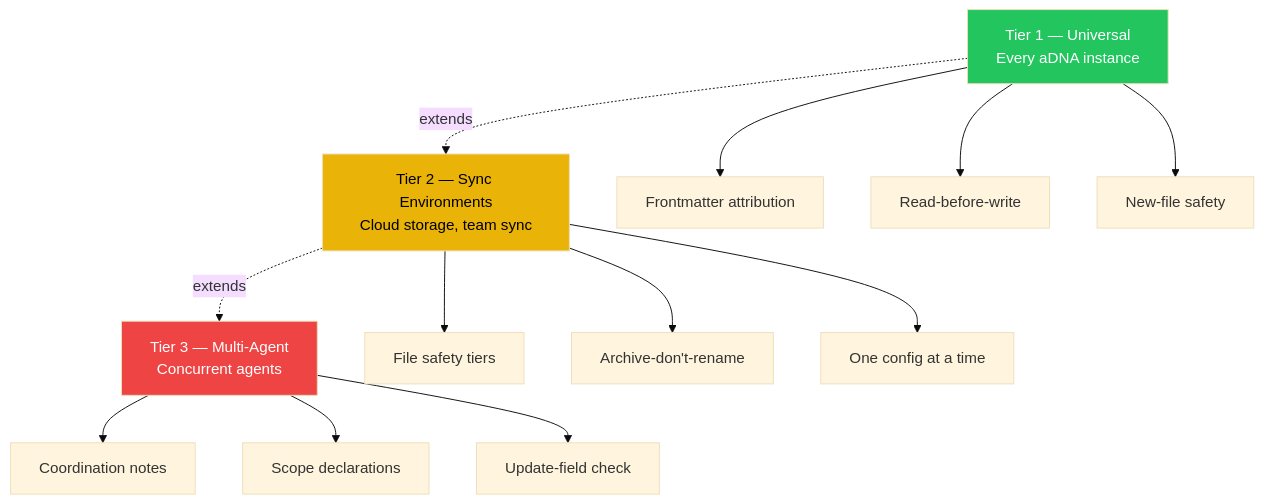
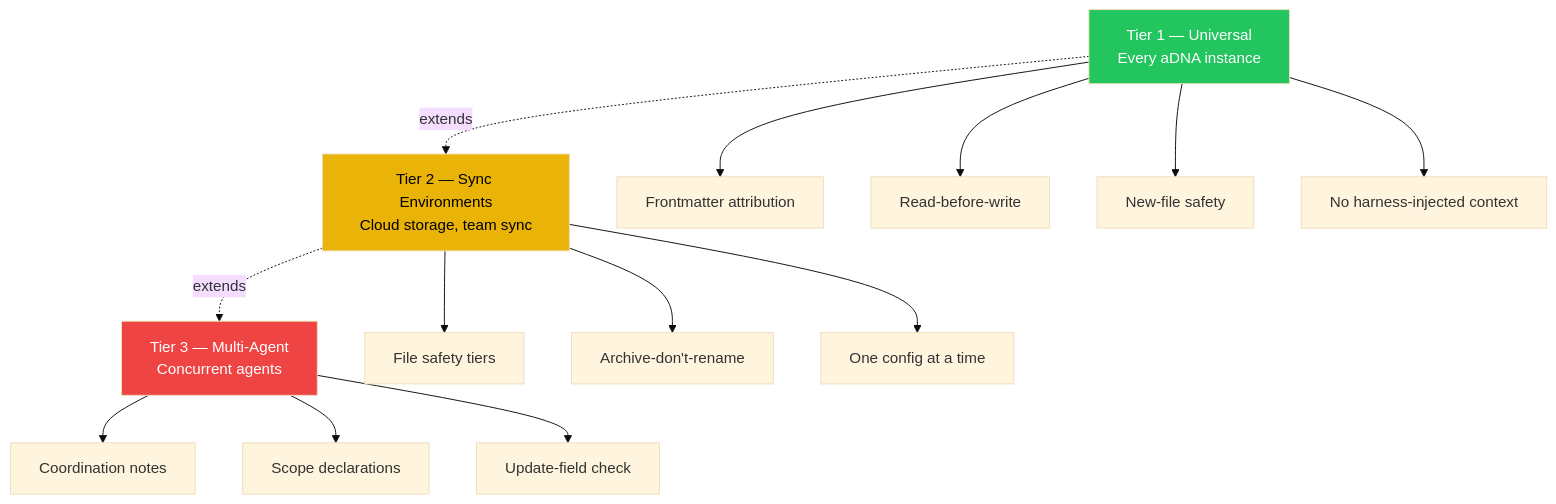
Before and after one commit to aDNA-Network/aDNA.aDNA: the fifth of 9 diagrams in what/docs/adna_standard.md, drawn with Mermaid (base theme). The commit also changed other lines of this file and 10 other files, not shown here.

````diff
--- a/what/docs/adna_standard.md
+++ b/what/docs/adna_standard.md
@@ -962,25 +971,26 @@
 ```mermaid
 flowchart TB
     T1["Tier 1 — Universal<br/>Every aDNA instance"]
     T2["Tier 2 — Sync Environments<br/>Cloud storage, team sync"]
     T3["Tier 3 — Multi-Agent<br/>Concurrent agents"]
 
     T1 --> A1["Frontmatter attribution"]
     T1 --> A2["Read-before-write"]
     T1 --> A3["New-file safety"]
+    T1 --> A4["No harness-injected context"]
 
     T2 --> B1["File safety tiers"]
     T2 --> B2["Archive-don't-rename"]
     T2 --> B3["One config at a time"]
 
     T3 --> C1["Coordination notes"]
     T3 --> C2["Scope declarations"]
     T3 --> C3["Update-field check"]
 
     T1 -.->|extends| T2
     T2 -.->|extends| T3
 
     style T1 fill:#22c55e,color:#fff
     style T2 fill:#eab308,color:#000
     style T3 fill:#ef4444,color:#fff
 ```
````
